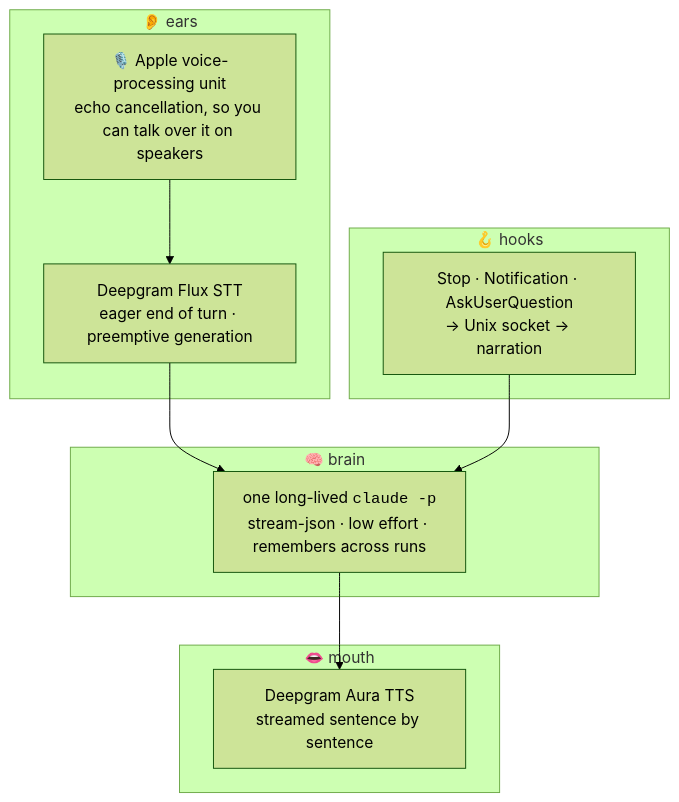
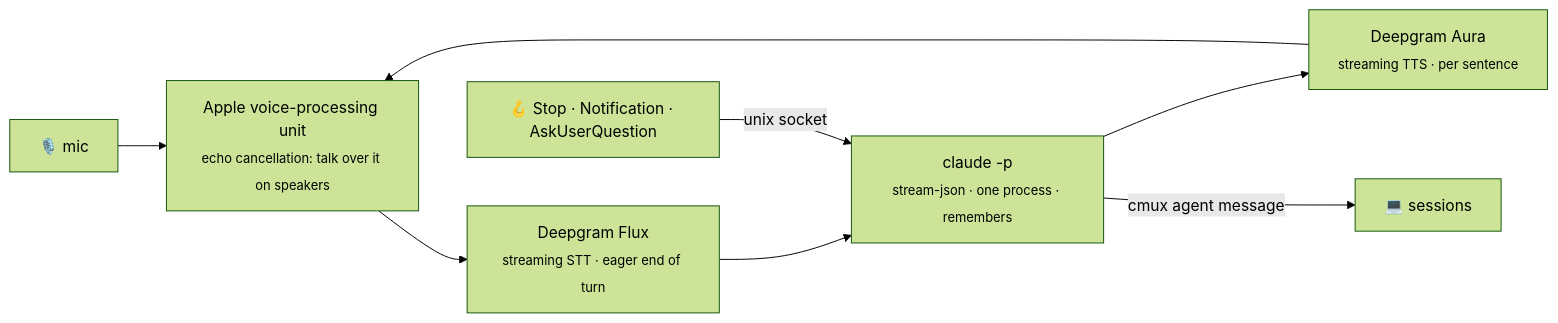
The second of 2 diagrams in README.md (ActurialCapital/claudio), drawn with Mermaid (forest theme) before and after one commit. The commit also changed other lines of this file and 2 other files, not shown here.

````diff
--- a/README.md
+++ b/README.md
@@ -48,17 +72,10 @@
 ```mermaid
-flowchart TB
-    subgraph ears ["👂 ears"]
-        aec["🎙️ Apple voice-processing unit<br/>echo cancellation, so you can talk over it on speakers"] --> flux["Deepgram Flux STT<br/>eager end of turn · preemptive generation"]
-    end
-    subgraph brain ["🧠 brain"]
-        cp["one long-lived <code>claude -p</code><br/>stream-json · low effort · remembers across runs"]
-    end
-    subgraph mouth ["👄 mouth"]
-        aura["Deepgram Aura TTS<br/>streamed sentence by sentence"]
-    end
-    subgraph hooks ["🪝 hooks"]
-        h["Stop · Notification · AskUserQuestion<br/>→ Unix socket → narration"]
-    end
-    flux --> cp --> aura
-    h --> cp
+flowchart LR
+    mic["🎙️ mic"] --> aec["Apple voice-processing unit<br/><sub>echo cancellation: talk over it on speakers</sub>"]
+    aec --> flux["Deepgram Flux<br/><sub>streaming STT · eager end of turn</sub>"]
+    flux --> cp["claude -p<br/><sub>stream-json · one process · remembers</sub>"]
+    cp --> aura["Deepgram Aura<br/><sub>streaming TTS · per sentence</sub>"]
+    aura --> aec
+    hooks["🪝 Stop · Notification · AskUserQuestion"] -->|unix socket| cp
+    cp -->|cmux agent message| sessions["💻 sessions"]
 ```
````
